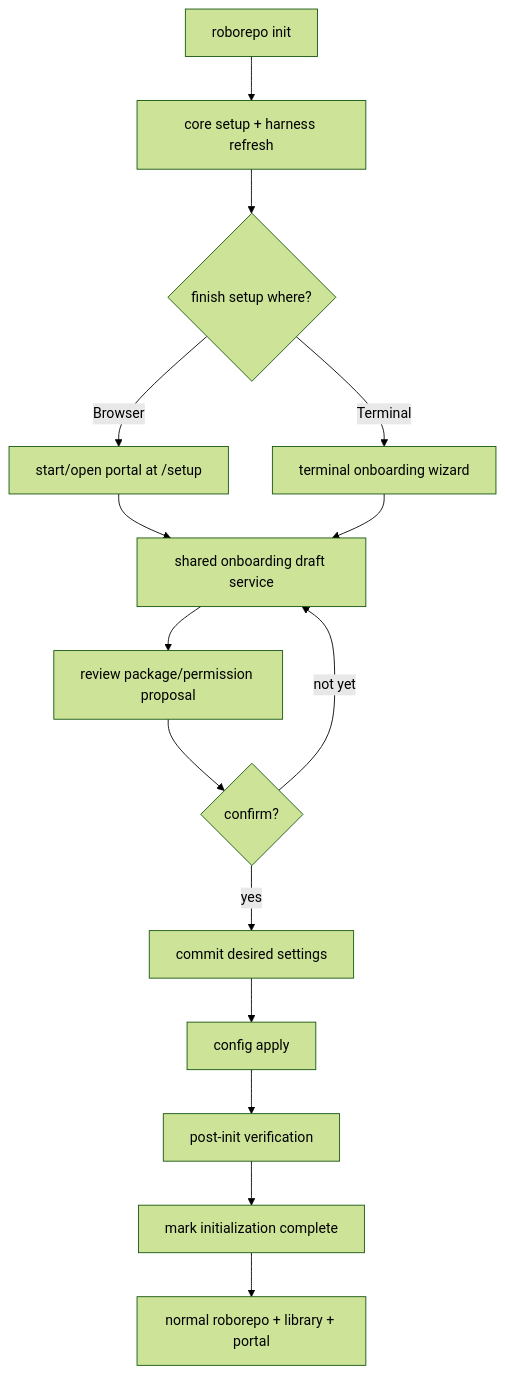
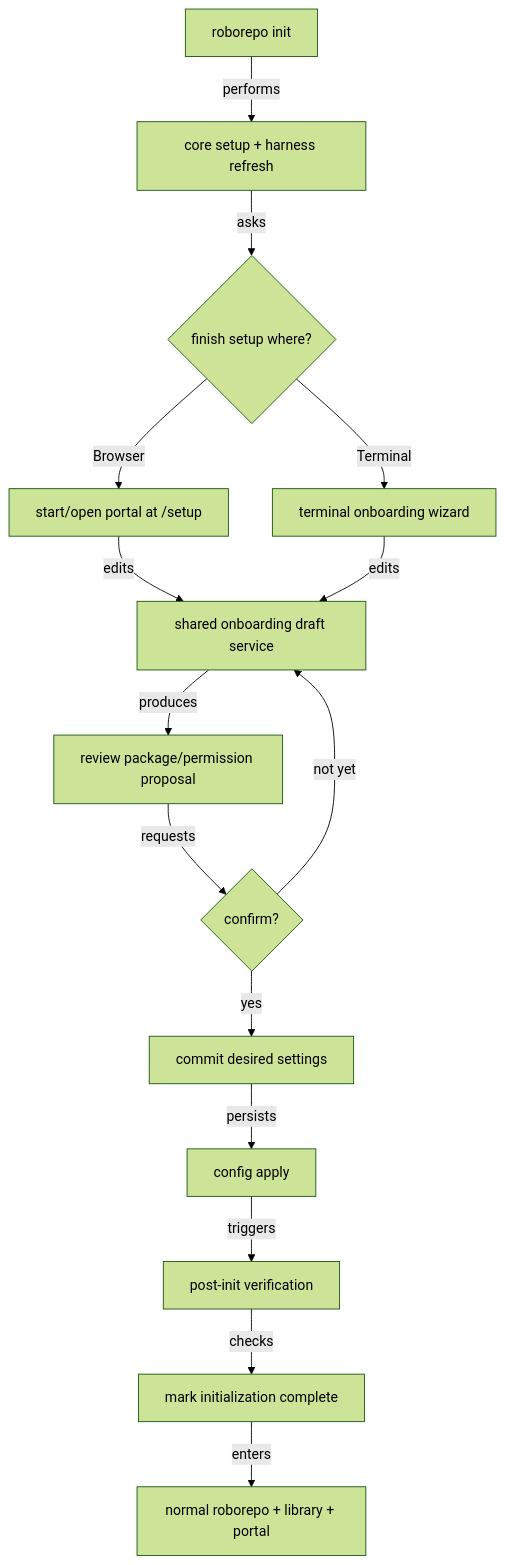
Before and after one commit to kirinmurphy/roborepo-alpha: the diagram in docs/plans/backlog/package-first-run-onboarding.md, drawn with Mermaid (forest theme). The commit also changed other lines of this file and 52 other files, not shown here.

````diff
--- a/docs/plans/backlog/package-first-run-onboarding.md
+++ b/docs/plans/backlog/package-first-run-onboarding.md
@@ -138,17 +133,17 @@
 ```mermaid
 flowchart TD
-  Init["roborepo init"] --> Core["core setup + harness refresh"]
-  Core --> Choice{"finish setup where?"}
+  Init["roborepo init"] -->|performs| Core["core setup + harness refresh"]
+  Core -->|asks| Choice{"finish setup where?"}
   Choice -->|Browser| Web["start/open portal at /setup"]
   Choice -->|Terminal| TTY["terminal onboarding wizard"]
-  Web --> Draft["shared onboarding draft service"]
-  TTY --> Draft
-  Draft --> Review["review package/permission proposal"]
-  Review --> Confirm{"confirm?"}
+  Web -->|edits| Draft["shared onboarding draft service"]
+  TTY -->|edits| Draft
+  Draft -->|produces| Review["review package/permission proposal"]
+  Review -->|requests| Confirm{"confirm?"}
   Confirm -->|not yet| Draft
   Confirm -->|yes| Commit["commit desired settings"]
-  Commit --> Apply["config apply"]
-  Apply --> Verify["post-init verification"]
-  Verify --> Complete["mark initialization complete"]
-  Complete --> Ready["normal roborepo + library + portal"]
+  Commit -->|persists| Apply["config apply"]
+  Apply -->|triggers| Verify["post-init verification"]
+  Verify -->|checks| Complete["mark initialization complete"]
+  Complete -->|enters| Ready["normal roborepo + library + portal"]
 ```
````
